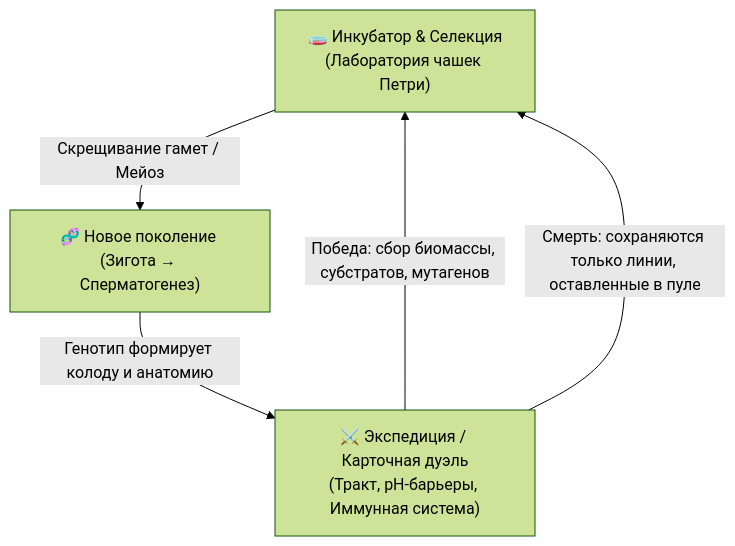
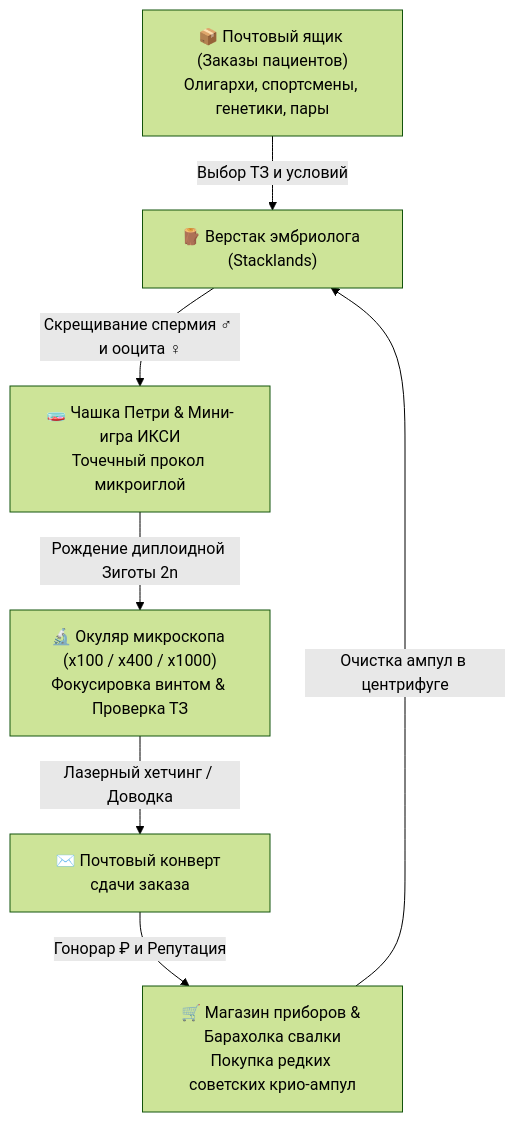
One commit to Sol1dGus/Spermo changed the diagram in CONCEPT.md. Above: the diagram before and after it, drawn with Mermaid (forest theme). The commit also changed other lines of this file and 16 other files, not shown here.

````diff
--- a/CONCEPT.md
+++ b/CONCEPT.md
@@ -12,7 +10,9 @@
 ```mermaid
 flowchart TD
-    A["🧫 Инкубатор & Селекция<br>(Лаборатория чашек Петри)"] -->|Скрещивание гамет / Мейоз| B["🧬 Новое поколение (Зигота → Сперматогенез)"]
-    B -->|Генотип формирует колоду и анатомию| C["⚔️ Экспедиция / Карточная дуэль<br>(Тракт, pH-барьеры, Иммунная система)"]
-    C -->|Победа: сбор биомассы, субстратов, мутагенов| A
-    C -->|Смерть: сохраняются только линии, оставленные в пуле| A
+    A["📦 Почтовый ящик (Заказы пациентов)<br>Олигархи, спортсмены, генетики, пары"] -->|Выбор ТЗ и условий| B["🪵 Верстак эмбриолога (Stacklands)"]
+    B -->|Скрещивание спермия ♂ и ооцита ♀| C["🧫 Чашка Петри & Мини-игра ИКСИ<br>Точечный прокол микроиглой"]
+    C -->|Рождение диплоидной Зиготы 2n| D["🔬 Окуляр микроскопа (x100 / x400 / x1000)<br>Фокусировка винтом & Проверка ТЗ"]
+    D -->|Лазерный хетчинг / Доводка| E["✉️ Почтовый конверт сдачи заказа"]
+    E -->|Гонорар ₽ и Репутация| F["🛒 Магазин приборов & Барахолка свалки<br>Покупка редких советских крио-ампул"]
+    F -->|Очистка ампул в центрифуге| B
 ```
````
